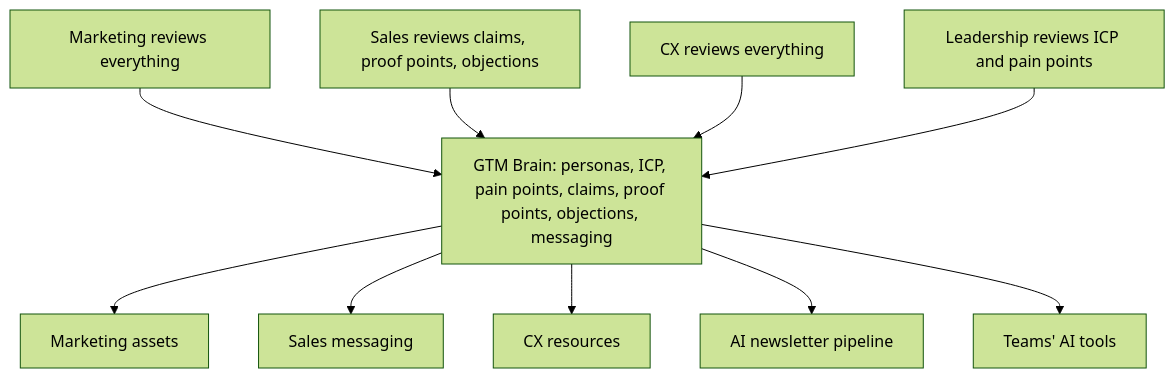
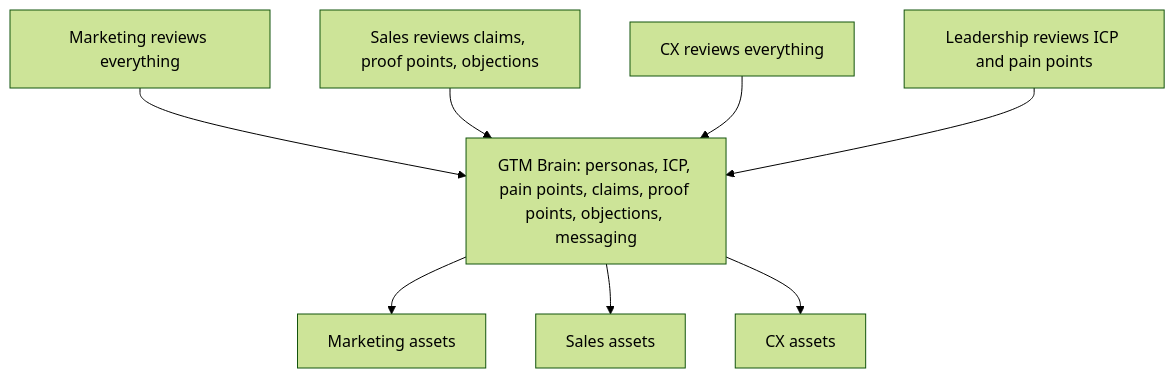
Before and after one commit to amanmishra2/gtm-brain: the diagram in README.md, drawn with Mermaid (forest theme). The commit also changed other lines of this file and 8 other files, not shown here.

````diff
--- a/README.md
+++ b/README.md
@@ -15,13 +17,11 @@
 ```mermaid
 flowchart TD
     A["Marketing reviews everything"] --> G
     B["Sales reviews claims, proof points, objections"] --> G
     C["CX reviews everything"] --> G
     D["Leadership reviews ICP and pain points"] --> G
     G["GTM Brain: personas, ICP, pain points, claims, proof points, objections, messaging"]
     G --> H["Marketing assets"]
-    G --> I["Sales messaging"]
-    G --> J["CX resources"]
-    G --> K["AI newsletter pipeline"]
-    G --> L["Teams' AI tools"]
+    G --> I["Sales assets"]
+    G --> J["CX assets"]
 ```
````
